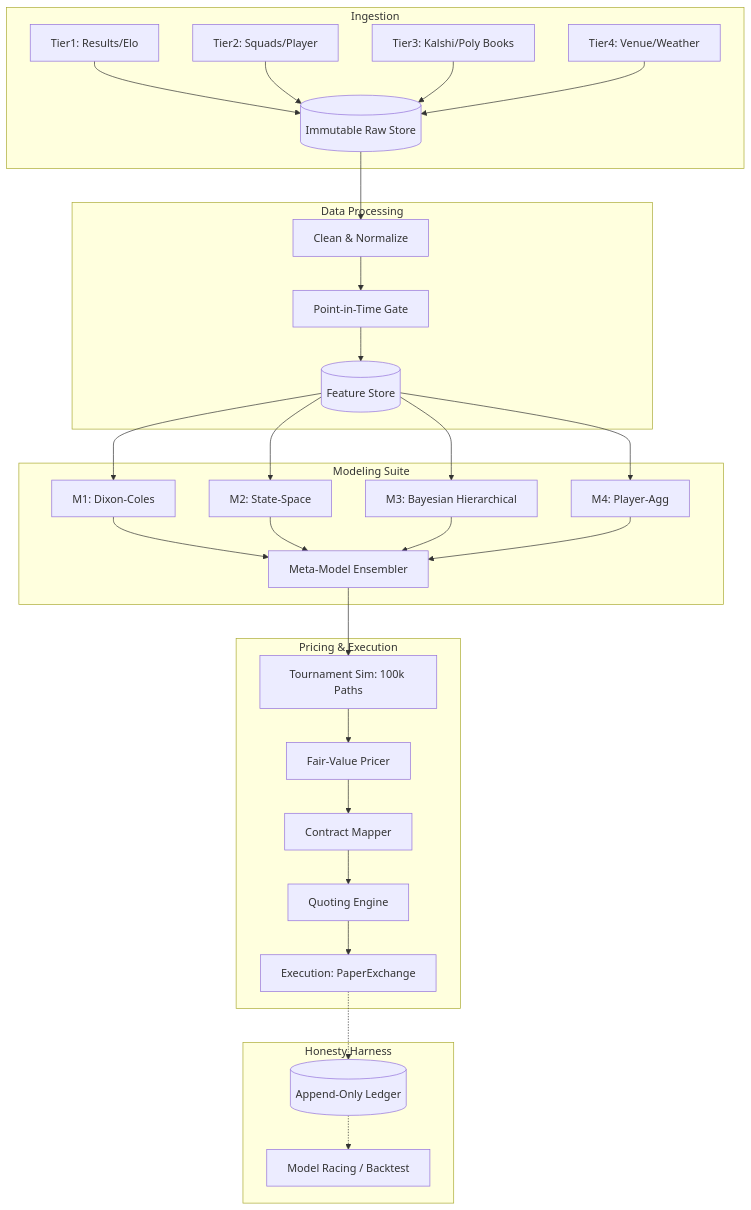
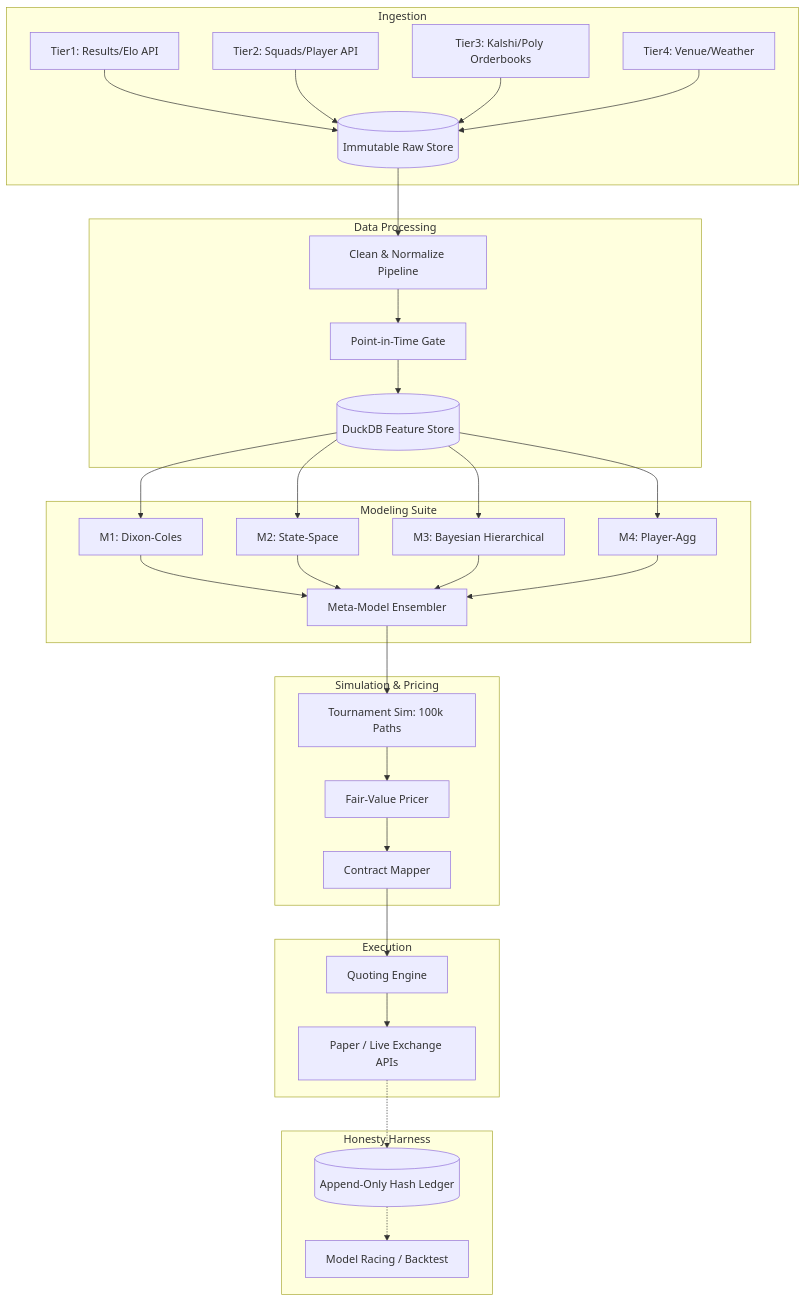
The diagram in docs/architecture.md (shreejitverma/wc2026-quant-prediction-system), drawn with Mermaid before and after one commit. The commit also changed other lines of this file and 66 other files, not shown here.

Commit message:
docs: comprehensive rewrite of all architectural and operational manuals

````diff
--- a/docs/architecture.md
+++ b/docs/architecture.md
@@ -8,36 +9,39 @@
 ```mermaid
 flowchart TD
     subgraph Ingestion
-        A[Tier1: Results/Elo] --> Raw[(Immutable Raw Store)]
-        B[Tier2: Squads/Player] --> Raw
-        C[Tier3: Kalshi/Poly Books] --> Raw
+        A[Tier1: Results/Elo API] --> Raw[(Immutable Raw Store)]
+        B[Tier2: Squads/Player API] --> Raw
+        C[Tier3: Kalshi/Poly Orderbooks] --> Raw
         D[Tier4: Venue/Weather] --> Raw
     end
 
     subgraph Data Processing
-        Raw --> Clean[Clean & Normalize]
+        Raw --> Clean[Clean & Normalize Pipeline]
         Clean --> PIT[Point-in-Time Gate]
-        PIT --> FS[(Feature Store)]
+        PIT --> FS[(DuckDB Feature Store)]
     end
 
     subgraph Modeling Suite
         FS --> M1[M1: Dixon-Coles]
         FS --> M2[M2: State-Space]
         FS --> M3[M3: Bayesian Hierarchical]
         FS --> M4[M4: Player-Agg]
         M1 & M2 & M3 & M4 --> Meta[Meta-Model Ensembler]
     end
 
-    subgraph Pricing & Execution
+    subgraph Simulation & Pricing
         Meta --> Sim[Tournament Sim: 100k Paths]
         Sim --> FV[Fair-Value Pricer]
         FV --> Mapper[Contract Mapper]
+    end
+
+    subgraph Execution
         Mapper --> Quote[Quoting Engine]
-        Quote --> Exec[Execution: PaperExchange]
+        Quote --> Exec[Paper / Live Exchange APIs]
     end
 
     subgraph Honesty Harness
-        Exec -.-> Ledger[(Append-Only Ledger)]
+        Exec -.-> Ledger[(Append-Only Hash Ledger)]
         Ledger -.-> Eval[Model Racing / Backtest]
     end
 ```
````
